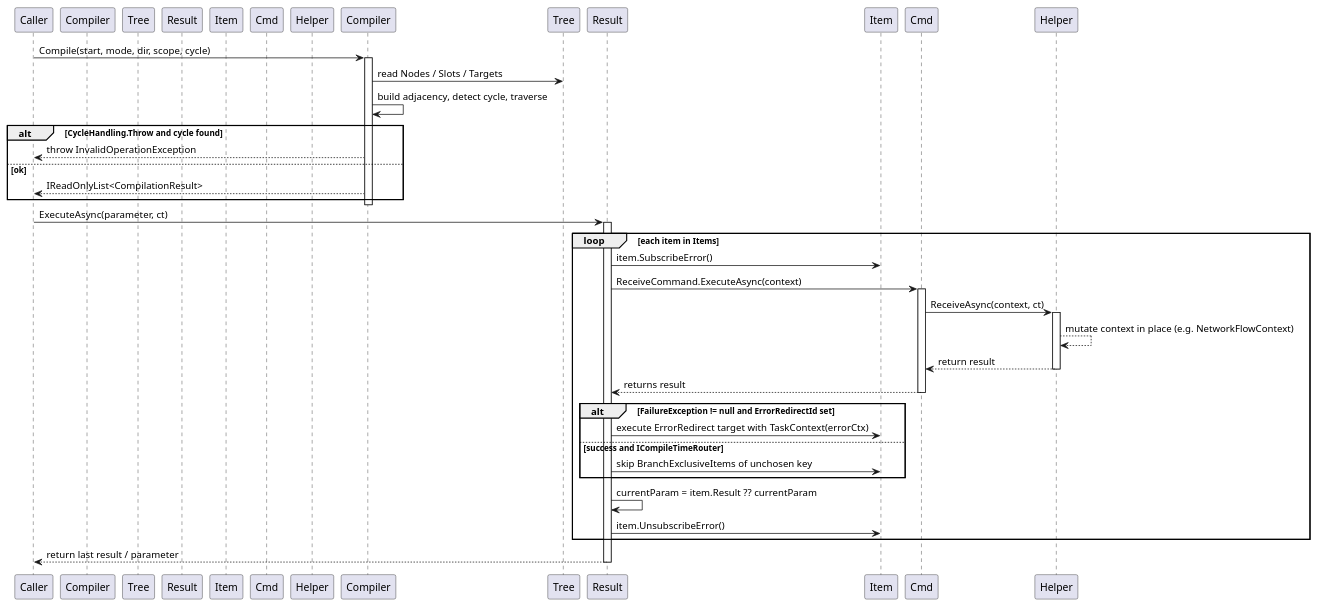
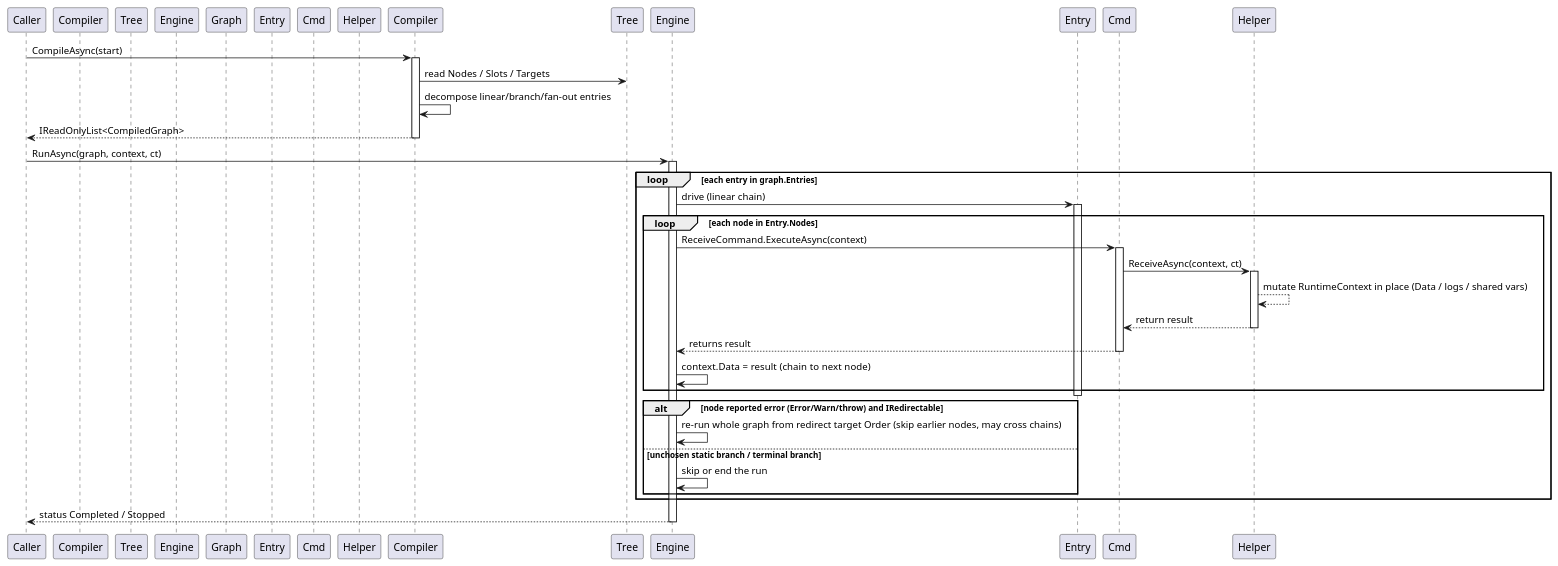
One commit to Axvser/VeloxDev.Docs changed the third of 4 diagrams in src/CloudGlyph/Assets/Docs/content/en/3_SE_Analysis/3_data_flow/0_WorkflowSystem/index.md. Above: the diagram before and after it, drawn with PlantUML. The commit also changed other lines of this file and 13 other files, not shown here.

````diff
--- a/src/CloudGlyph/Assets/Docs/content/en/3_SE_Analysis/3_data_flow/0_WorkflowSystem/index.md
+++ b/src/CloudGlyph/Assets/Docs/content/en/3_SE_Analysis/3_data_flow/0_WorkflowSystem/index.md
@@ -121,46 +121,46 @@
 ```plantuml
 @startuml
     participant Caller
-    participant Compiler as WorkflowCompiler
+    participant Compiler as CompilerViewModel
     participant Tree as IWorkflowTreeViewModel
-    participant Result as CompilationResult
-    participant Item as CompiledItem
+    participant Engine as CompilerEngine
+    participant Graph as CompiledGraph
+    participant Entry as ExecuteEntry
     participant Cmd as ReceiveCommand
     participant Helper as NodeHelper
 
-    Caller -> Compiler: Compile(start, mode, dir, scope, cycle)
+    Caller -> Compiler: CompileAsync(start)
     activate Compiler
     Compiler -> Tree: read Nodes / Slots / Targets
-    Compiler -> Compiler: build adjacency, detect cycle, traverse
-    alt CycleHandling.Throw and cycle found
-        Compiler --> Caller: throw InvalidOperationException
-    else ok
-        Compiler --> Caller: IReadOnlyList<CompilationResult>
-    end
+    Compiler -> Compiler: decompose linear/branch/fan-out entries
+    Compiler --> Caller: IReadOnlyList<CompiledGraph>
     deactivate Compiler
 
-    Caller -> Result: ExecuteAsync(parameter, ct)
-    activate Result
-    loop each item in Items
-        Result -> Item: item.SubscribeError()
-        Result -> Cmd: ReceiveCommand.ExecuteAsync(context)
-        activate Cmd
-        Cmd -> Helper: ReceiveAsync(context, ct)
-        activate Helper
-        Helper --> Helper: mutate context in place (e.g. NetworkFlowContext)
-        Helper --> Cmd: return result
-        deactivate Helper
-        Cmd --> Result: returns result
-        deactivate Cmd
-        alt FailureException != null and ErrorRedirectId set
-            Result -> Item: execute ErrorRedirect target with TaskContext(errorCtx)
-        else success and ICompileTimeRouter
-            Result -> Item: skip BranchExclusiveItems of unchosen key
+    Caller -> Engine: RunAsync(graph, context, ct)
+    activate Engine
+    loop each entry in graph.Entries
+        Engine -> Entry: drive (linear chain)
+        activate Entry
+        loop each node in Entry.Nodes
+            Engine -> Cmd: ReceiveCommand.ExecuteAsync(context)
+            activate Cmd
+            Cmd -> Helper: ReceiveAsync(context, ct)
+            activate Helper
+            Helper --> Helper: mutate RuntimeContext in place (Data / logs / shared vars)
+            Helper --> Cmd: return result
+            deactivate Helper
+            Cmd --> Engine: returns result
+            deactivate Cmd
+            Engine -> Engine: context.Data = result  (chain to next node)
         end
-        Result -> Result: currentParam = item.Result ?? currentParam
-        Result -> Item: item.UnsubscribeError()
+        deactivate Entry
+        alt node reported error (Error/Warn/throw) and IRedirectable
+            Engine -> Engine: re-run whole graph from redirect target Order (skip earlier nodes, may cross chains)
+        else unchosen static branch / terminal branch
+            Engine -> Engine: skip or end the run
+        end
     end
-    Result --> Caller: return last result / parameter
-    deactivate Result
+    Engine --> Caller: status Completed / Stopped
+    deactivate Engine
 @enduml
 ```
````
